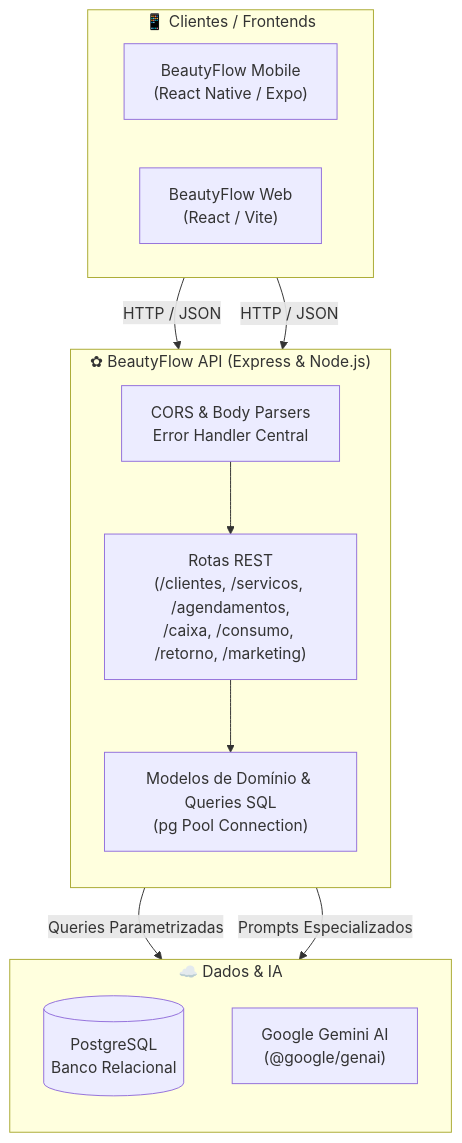
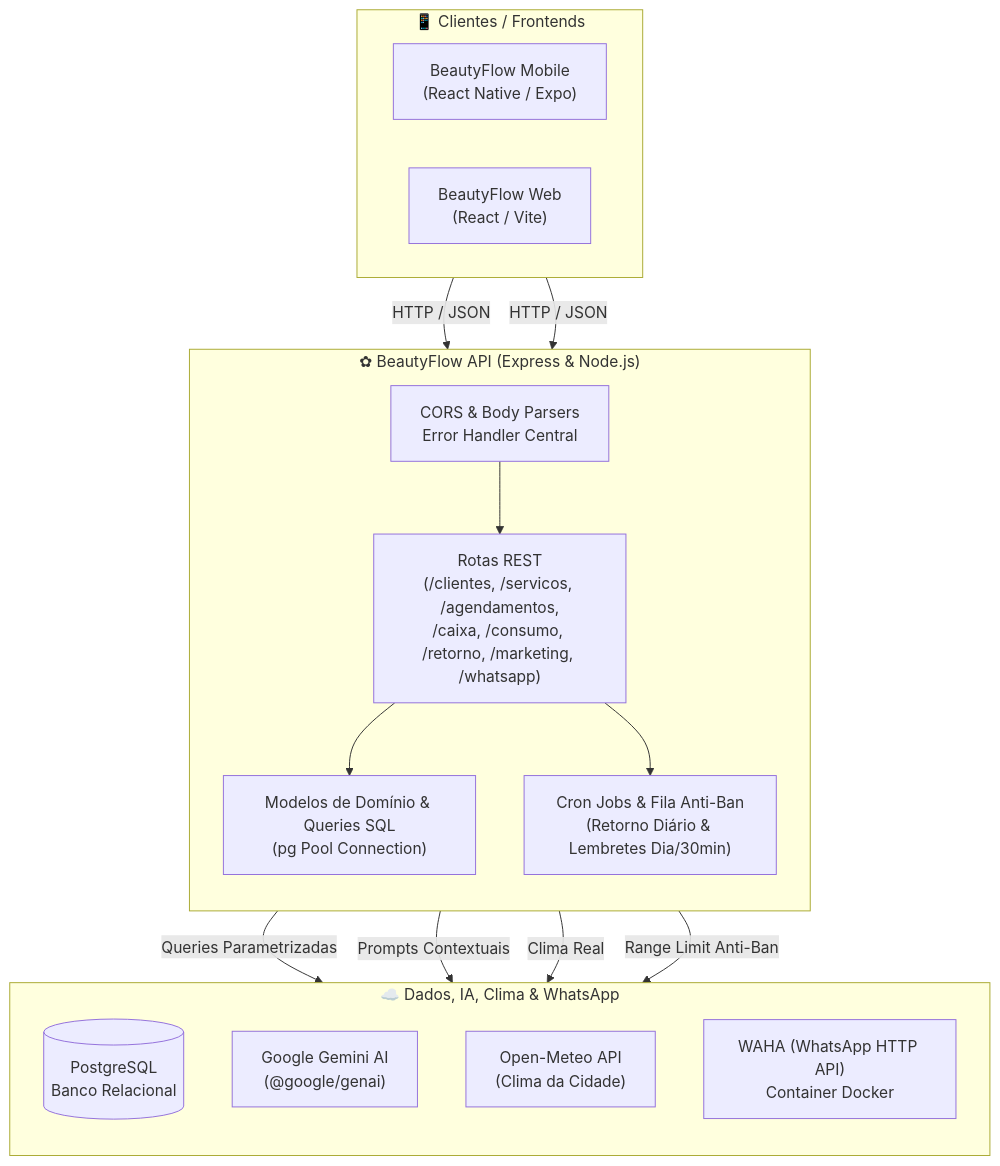
The diagram in README.md (RenanCaceres/beautyflow-api), drawn with Mermaid before and after one commit. The commit also changed other lines of this file and 19 other files, not shown here.

Commit message:
feat: retorno por serviço mais vencido, integração WAHA anti-ban, clima/datas Gemini, lembretes e gráficos de caixa

````diff
--- a/README.md
+++ b/README.md
@@ -86,28 +93,34 @@
 ```mermaid
 flowchart TD
     subgraph Clients["📱 Clientes / Frontends"]
         direction LR
         Mobile["BeautyFlow Mobile\n(React Native / Expo)"]
         Web["BeautyFlow Web\n(React / Vite)"]
     end
 
     subgraph API["✿ BeautyFlow API (Express & Node.js)"]
         direction TB
         Middlewares["CORS & Body Parsers\nError Handler Central"]
-        Routes["Rotas REST\n(/clientes, /servicos, /agendamentos,\n/caixa, /consumo, /retorno, /marketing)"]
+        Routes["Rotas REST\n(/clientes, /servicos, /agendamentos,\n/caixa, /consumo, /retorno, /marketing, /whatsapp)"]
+        Jobs["Cron Jobs & Fila Anti-Ban\n(Retorno Diário & Lembretes Dia/30min)"]
         Models["Modelos de Domínio & Queries SQL\n(pg Pool Connection)"]
     end
 
-    subgraph External["☁️ Dados & IA"]
+    subgraph External["☁️ Dados, IA, Clima & WhatsApp"]
         direction TB
         Postgres[("PostgreSQL\nBanco Relacional")]
         Gemini["Google Gemini AI\n(@google/genai)"]
+        OpenMeteo["Open-Meteo API\n(Clima da Cidade)"]
+        WAHA["WAHA (WhatsApp HTTP API)\nContainer Docker"]
     end
 
     Mobile -->|HTTP / JSON| Middlewares
     Web -->|HTTP / JSON| Middlewares
     Middlewares --> Routes
     Routes --> Models
+    Routes --> Jobs
     Models -->|Queries Parametrizadas| Postgres
-    Routes -->|Prompts Especializados| Gemini
+    Routes -->|Prompts Contextuais| Gemini
+    Routes -->|Clima Real| OpenMeteo
+    Jobs -->|Range Limit Anti-Ban| WAHA
 ```
````
